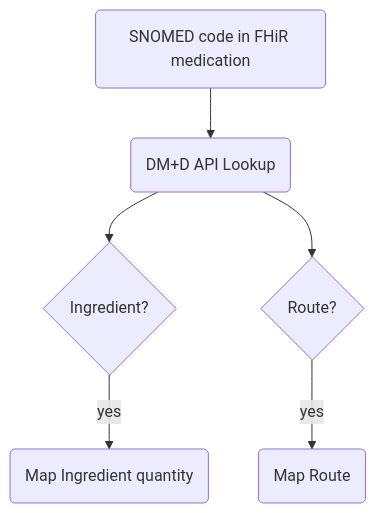
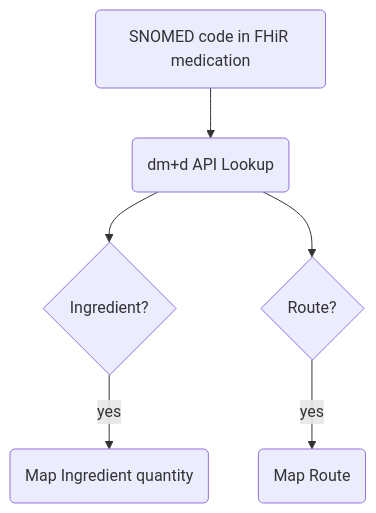
One commit to UCLH-Digital-Innovation-Hub/Xhuma changed the first of 2 diagrams in docs/dm+d_mapping.md. Above: the diagram before and after it, drawn with Mermaid. The commit also changed other lines of this file, not shown here.

````diff
--- a/docs/dm+d_mapping.md
+++ b/docs/dm+d_mapping.md
@@ -65,9 +65,9 @@
 ```mermaid
 flowchart TD
-    id4(SNOMED code in FHiR medication) --> id1(DM+D API Lookup)
-    id1(DM+D API Lookup) --> A@{ shape: diamond, label: "Ingredient?"}
+    id4(SNOMED code in FHiR medication) --> id1(dm+d API Lookup)
+    id1(dm+d API Lookup) --> A@{ shape: diamond, label: "Ingredient?"}
     A@{ shape: diamond, label: "Ingredient?"} -- yes --> id2(Map Ingredient quantity)
-    id1(DM+D API Lookup)--> B@{ shape: diamond, label: "Route?"}
+    id1(dm+d API Lookup)--> B@{ shape: diamond, label: "Route?"}
     B@{ shape: diamond, label: "Route?"} --yes --> id3(Map Route)
 
 ```
````
